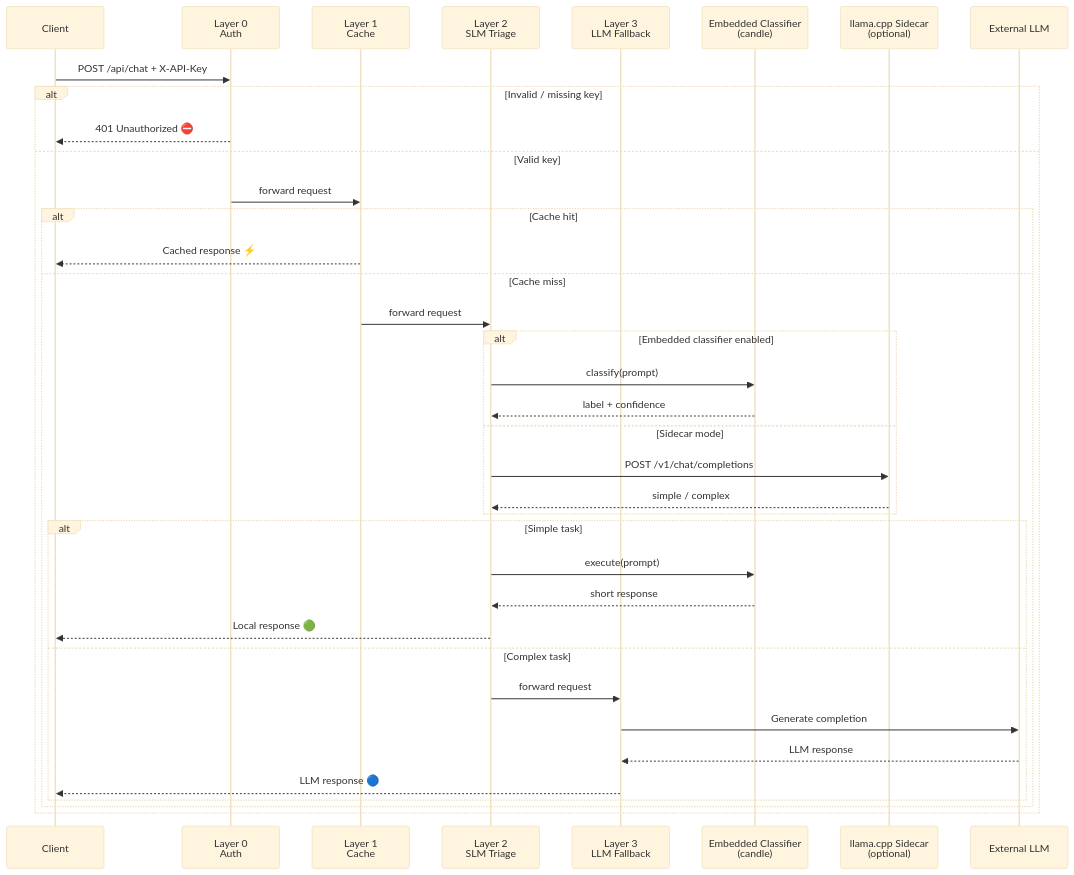
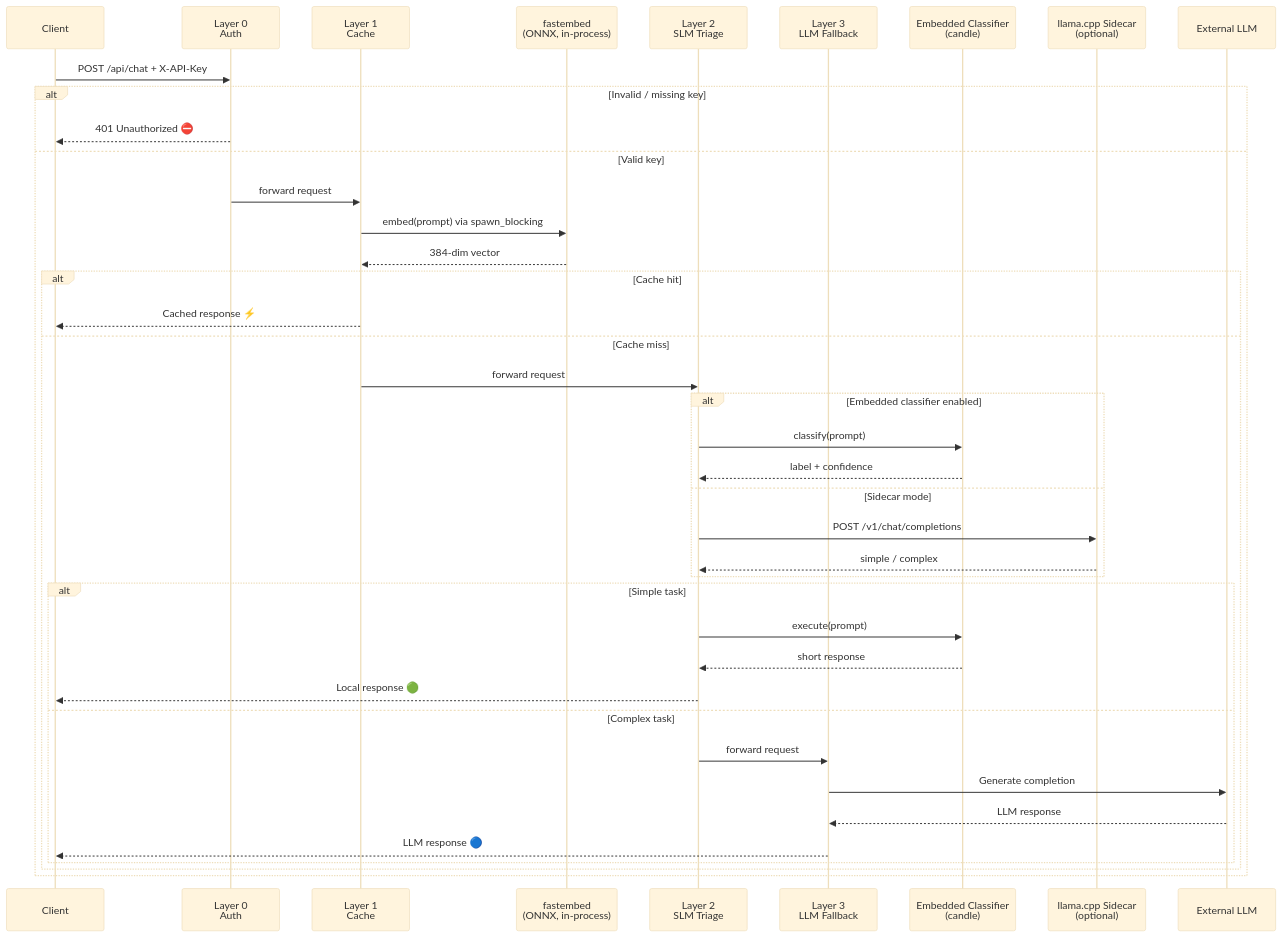
Before and after one commit to mattmillartech/Isartor: the second of 4 diagrams in architecture.md, drawn with Mermaid (base theme). The commit also changed other lines of this file and 29 other files, not shown here.

First line of the commit message:
feat: integrate in-process fastembed for Layer 1 semantic cache

````diff
--- a/architecture.md
+++ b/architecture.md
@@ -47,40 +49,43 @@
 ```mermaid
 sequenceDiagram
     participant Client
     participant L0 as Layer 0<br/>Auth
     participant L1 as Layer 1<br/>Cache
+    participant FE as fastembed<br/>(ONNX, in-process)
     participant L2 as Layer 2<br/>SLM Triage
     participant L3 as Layer 3<br/>LLM Fallback
     participant EC as Embedded Classifier<br/>(candle)
     participant SLM as llama.cpp Sidecar<br/>(optional)
     participant LLM as External LLM
 
     Client->>L0: POST /api/chat + X-API-Key
     alt Invalid / missing key
         L0-->>Client: 401 Unauthorized ⛔
     else Valid key
         L0->>L1: forward request
+        L1->>FE: embed(prompt) via spawn_blocking
+        FE-->>L1: 384-dim vector
         alt Cache hit
             L1-->>Client: Cached response ⚡
         else Cache miss
             L1->>L2: forward request
             alt Embedded classifier enabled
                 L2->>EC: classify(prompt)
                 EC-->>L2: label + confidence
             else Sidecar mode
                 L2->>SLM: POST /v1/chat/completions
                 SLM-->>L2: simple / complex
             end
             alt Simple task
                 L2->>EC: execute(prompt)
                 EC-->>L2: short response
                 L2-->>Client: Local response 🟢
             else Complex task
                 L2->>L3: forward request
                 L3->>LLM: Generate completion
                 LLM-->>L3: LLM response
                 L3-->>Client: LLM response 🔵
             end
         end
     end
 ```
````
